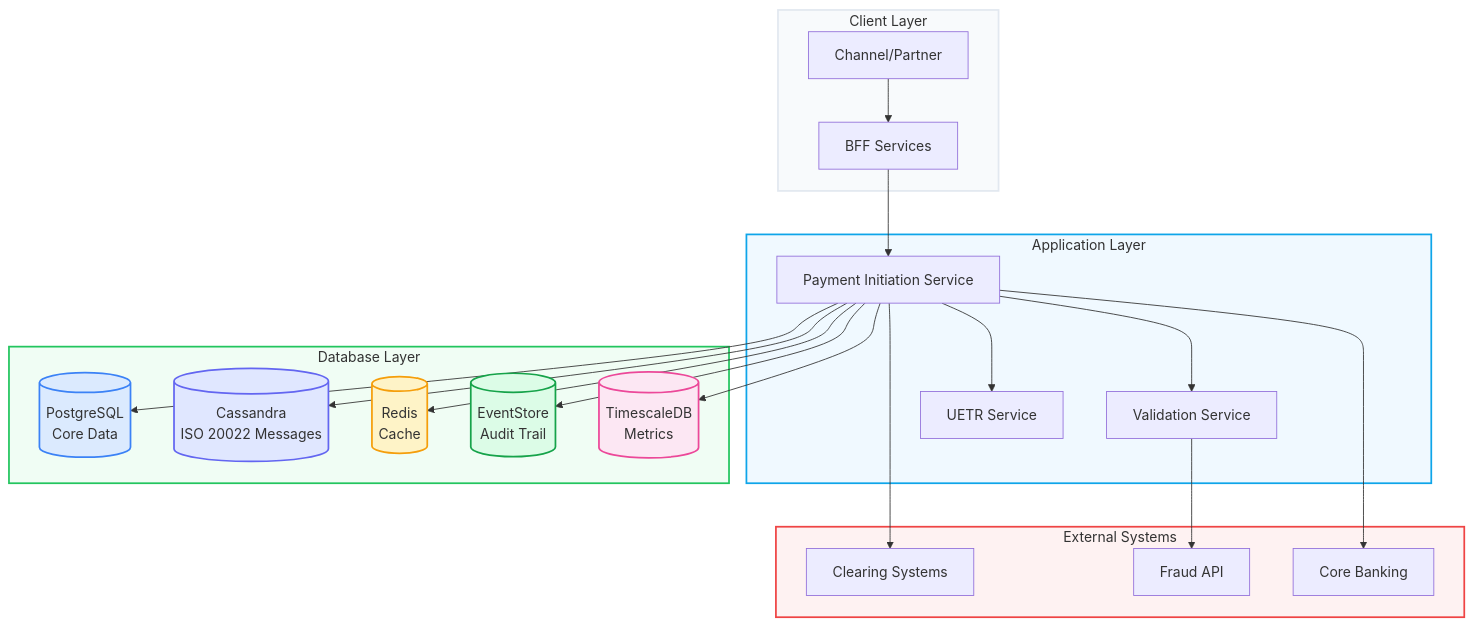
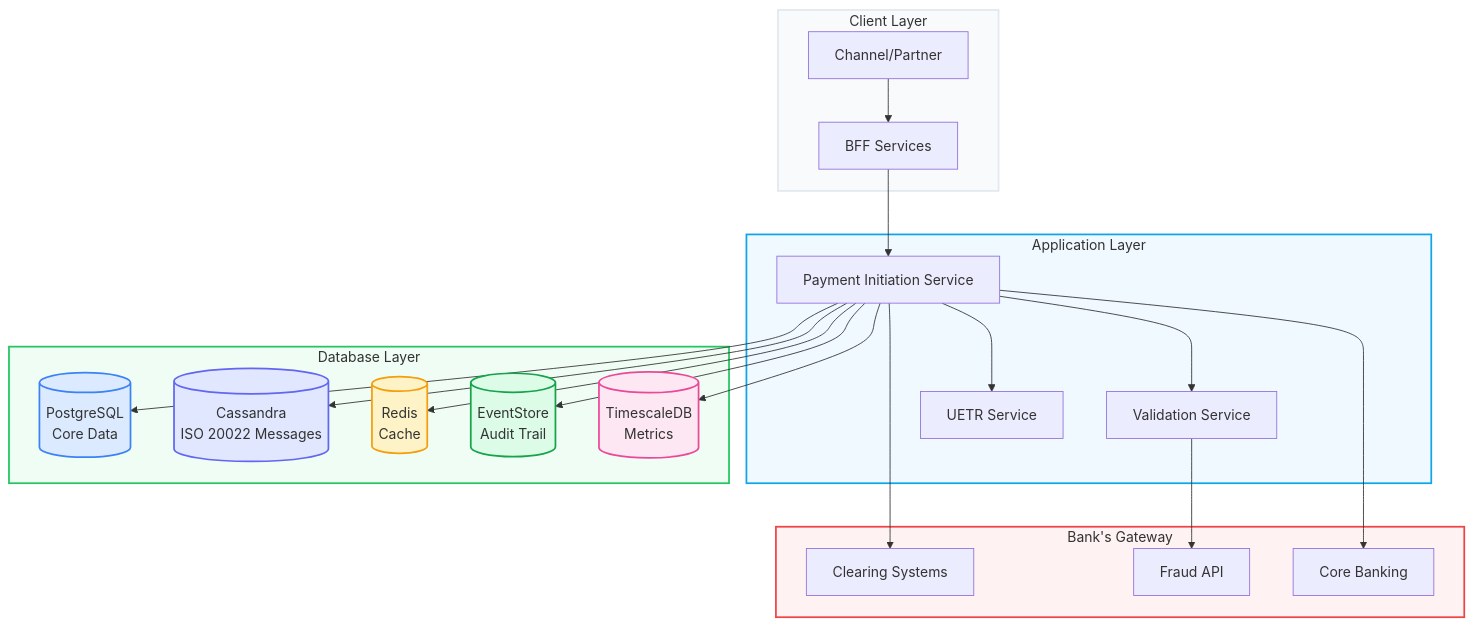
The first of 11 diagrams in docs/21-DATA-FLOW-VISUAL-DIAGRAMS.md (kranthikarthan/PE-v2-Architecture), drawn with Mermaid before and after one commit. The commit also changed other lines of this file and 3 other files, not shown here.

````diff
--- a/docs/21-DATA-FLOW-VISUAL-DIAGRAMS.md
+++ b/docs/21-DATA-FLOW-VISUAL-DIAGRAMS.md
@@ -9,46 +9,46 @@
 ```mermaid
 graph TB
     subgraph CL["Client Layer"]
         A[Channel/Partner] --> B[BFF Services]
     end
     
     subgraph AL["Application Layer"]
         B --> C[Payment Initiation Service]
         C --> D[Validation Service]
         C --> E[UETR Service]
     end
     
     subgraph DL["Database Layer"]
         F[(PostgreSQL<br/>Core Data)]
         G[(Cassandra<br/>ISO 20022 Messages)]
         H[(Redis<br/>Cache)]
         I[(EventStore<br/>Audit Trail)]
         J[(TimescaleDB<br/>Metrics)]
     end
     
-    subgraph ES["External Systems"]
+    subgraph BG["Bank's Gateway"]
         K[Clearing Systems]
         L[Fraud API]
         M[Core Banking]
     end
     
     C --> F
     C --> G
     C --> H
     C --> I
     C --> J
     D --> L
     C --> K
     C --> M
     
     style CL fill:#f8fafc,stroke:#e2e8f0,stroke-width:2px
     style AL fill:#f0f9ff,stroke:#0ea5e9,stroke-width:2px
     style DL fill:#f0fdf4,stroke:#22c55e,stroke-width:2px
-    style ES fill:#fef2f2,stroke:#ef4444,stroke-width:2px
+    style BG fill:#fef2f2,stroke:#ef4444,stroke-width:2px
     
     style F fill:#dbeafe,stroke:#3b82f6,stroke-width:2px
     style G fill:#e0e7ff,stroke:#6366f1,stroke-width:2px
     style H fill:#fef3c7,stroke:#f59e0b,stroke-width:2px
     style I fill:#dcfce7,stroke:#16a34a,stroke-width:2px
     style J fill:#fce7f3,stroke:#ec4899,stroke-width:2px
 ```
````
